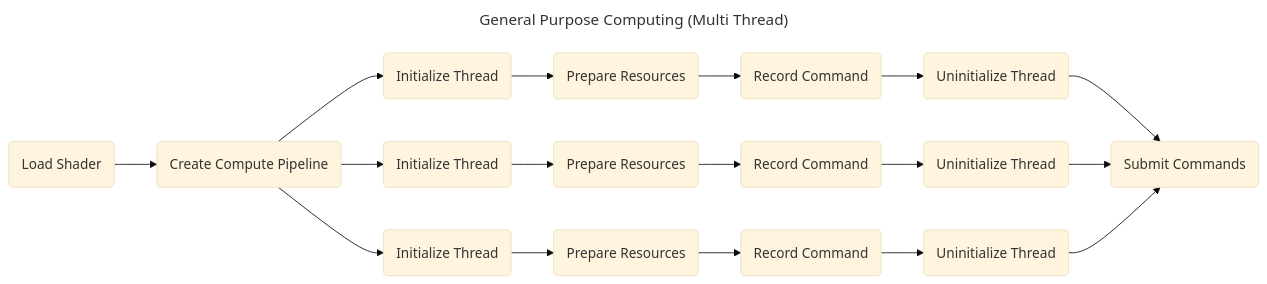
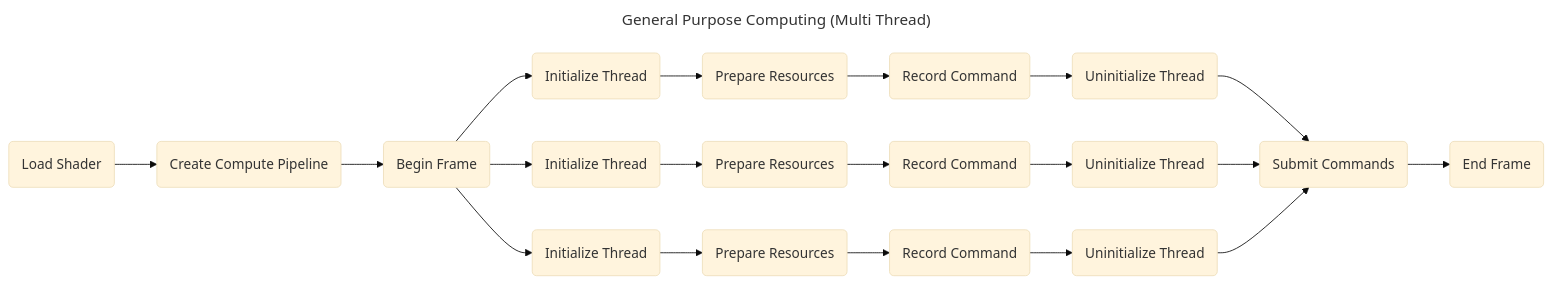
The third of 3 diagrams in README.md (ozguronsoy/HephGL), drawn with Mermaid (base theme) before and after one commit. The commit also changed other lines of this file and 9 other files, not shown here.

````diff
--- a/README.md
+++ b/README.md
@@ -135,24 +137,28 @@
 ```mermaid
 ---
 title: General Purpose Computing (Multi Thread)
 ---
 graph LR;
     A(Load Shader) --> B(Create Compute Pipeline);
-    B --> C1(Initialize Thread)
-    C1 --> D1(Prepare Resources)
-    D1 --> E1(Record Command)
-    E1 --> F1(Uninitialize Thread)
-    F1 --> G(Submit Commands)
+    B --> C(Begin Frame)
+
+    C --> D1(Initialize Thread)
+    D1 --> E1(Prepare Resources)
+    E1 --> F1(Record Command)
+    F1 --> G1(Uninitialize Thread)
+    G1 --> H(Submit Commands)
     
-    B --> C2(Initialize Thread)
-    C2 --> D2(Prepare Resources)
-    D2 --> E2(Record Command)
-    E2 --> F2(Uninitialize Thread)
-    F2 --> G
+    C --> D2(Initialize Thread)
+    D2 --> E2(Prepare Resources)
+    E2 --> F2(Record Command)
+    F2 --> G2(Uninitialize Thread)
+    G2 --> H(Submit Commands)
 
-    B --> C3(Initialize Thread)
-    C3 --> D3(Prepare Resources)
-    D3 --> E3(Record Command)
-    E3 --> F3(Uninitialize Thread)
-    F3 --> G
+    C --> D3(Initialize Thread)
+    D3 --> E3(Prepare Resources)
+    E3 --> F3(Record Command)
+    F3 --> G3(Uninitialize Thread)
+    G3 --> H(Submit Commands)
+
+    H --> I(End Frame)
 ```
````
